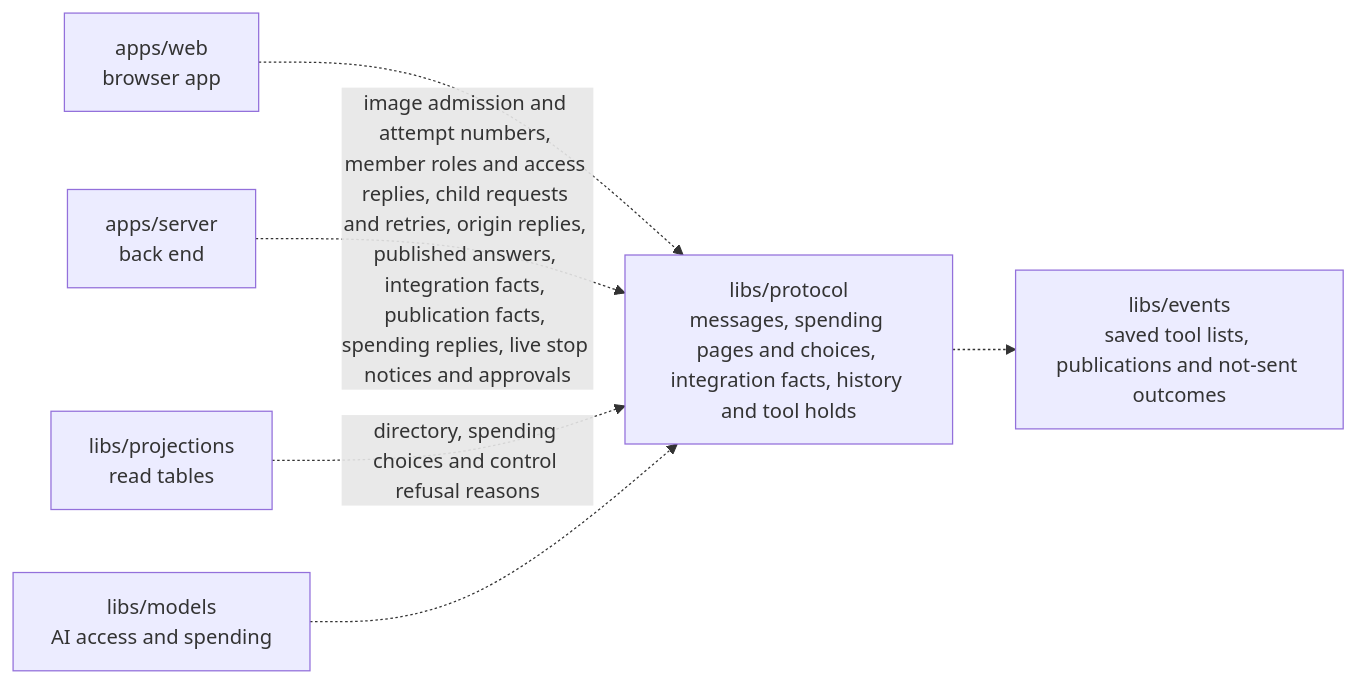
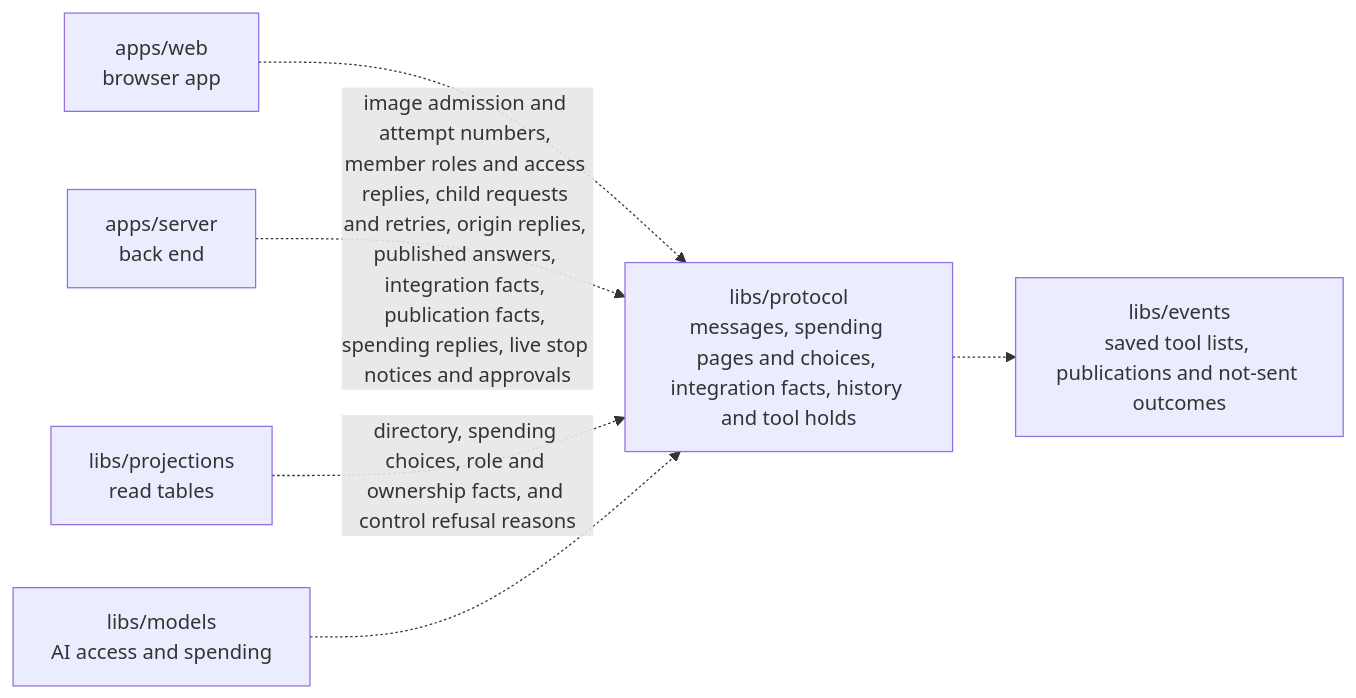
One commit to elewa-git/opencrane-new changed the diagram in libs/protocol/README.md. Above: the diagram before and after it, drawn with Mermaid. The commit also changed other lines of this file and 13 other files, not shown here.

Commit message:
👥 Show role and ownership facts with exact receipt progress

````diff
--- a/libs/protocol/README.md
+++ b/libs/protocol/README.md
@@ -14,8 +17,8 @@
 ```mermaid
 flowchart LR
   web["apps/web<br/>browser app"] -.-> protocol["libs/protocol<br/>messages, spending pages and choices, integration facts, history and tool holds"]
   server["apps/server<br/>back end"] -.->|image admission and attempt numbers, member roles and access replies, child requests and retries, origin replies, published answers, integration facts, publication facts, spending replies, live stop notices and approvals| protocol
-  projections["libs/projections<br/>read tables"] -.->|directory, spending choices and control refusal reasons| protocol
+  projections["libs/projections<br/>read tables"] -.->|directory, spending choices, role and ownership facts, and control refusal reasons| protocol
   models["libs/models<br/>AI access and spending"] -.-> protocol
   protocol -.-> events["libs/events<br/>saved tool lists, publications and not-sent outcomes"]
 ```
````
